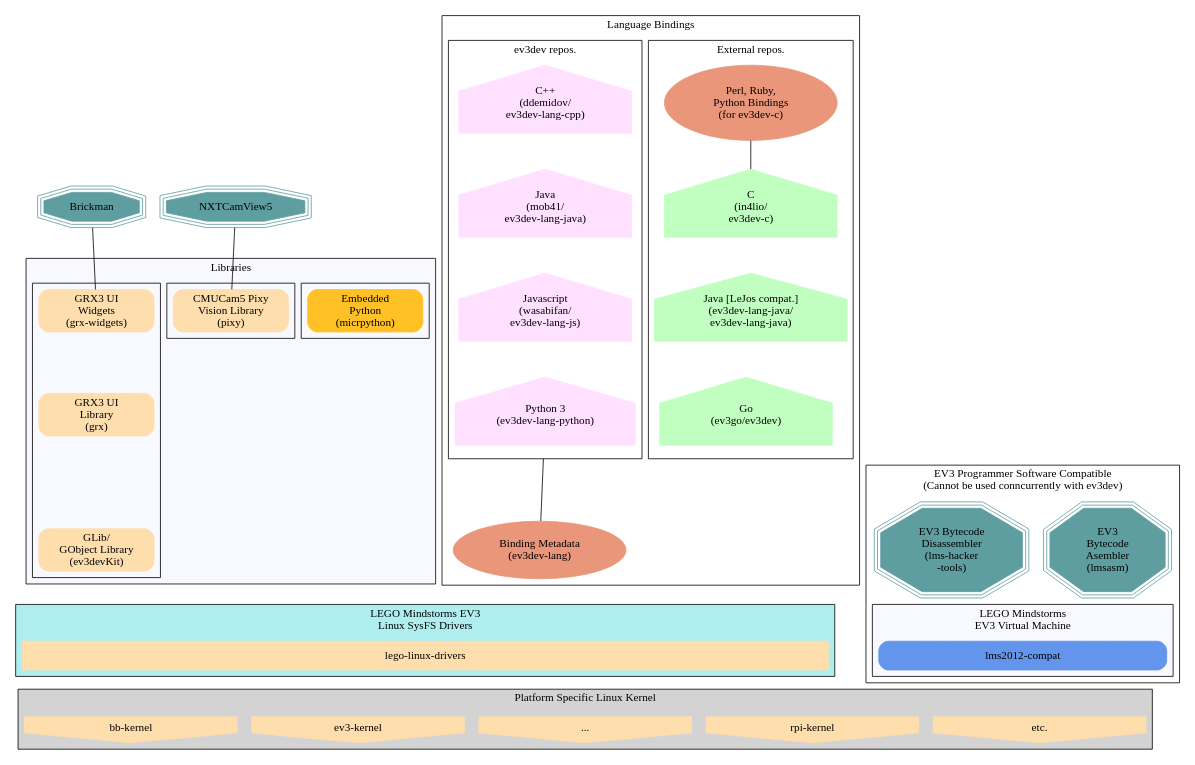
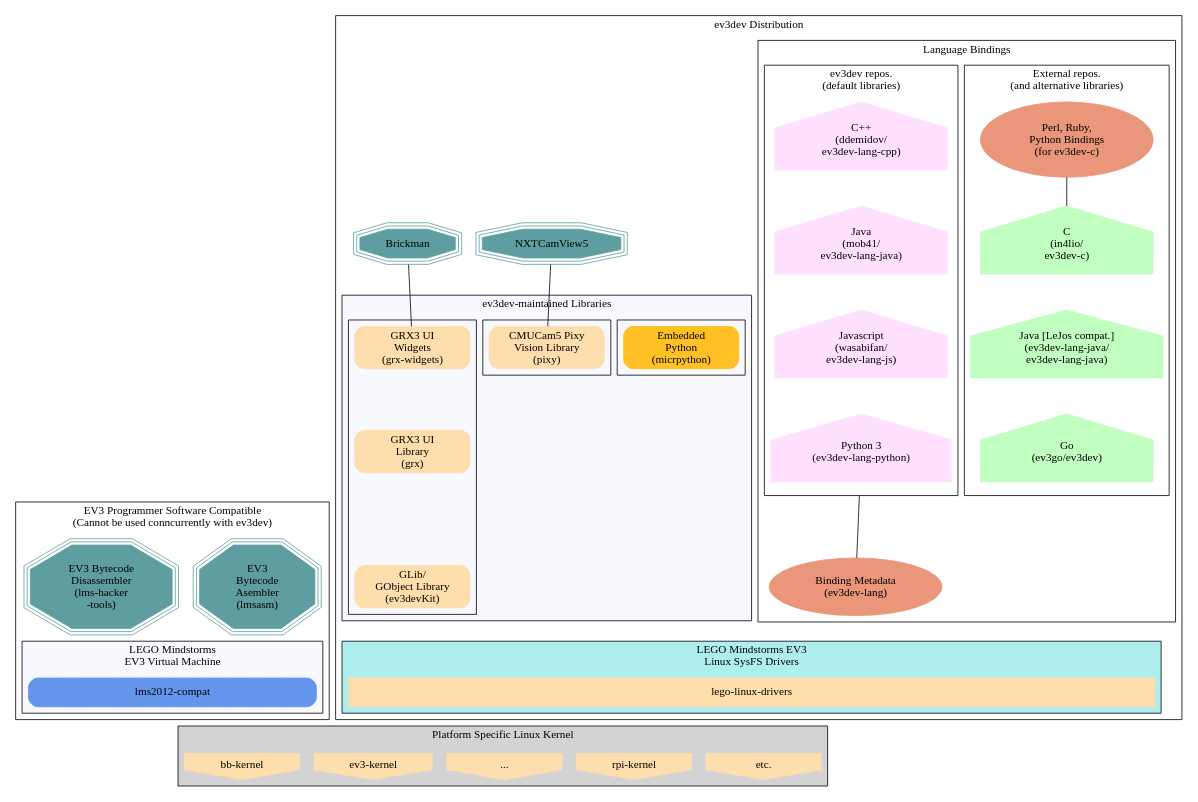
One commit to ev3dev/edu-docs changed the diagram in images/ev3dev-related-repositories.dot. Above: the diagram before and after it, drawn with Graphviz. The commit also changed 1 other file, not shown here.

```diff
--- a/images/ev3dev-related-repositories.dot
+++ b/images/ev3dev-related-repositories.dot
@@ -1,110 +1,116 @@
 graph G {
 	compound=true;
 	arrowType=none;
 	node [shape=rect];
 	edge [penwidth=0,minlen=1];
 
-	rank = same; 
-	node [shape=tripleoctagon,style="filled",color=cadetblue,width=1];
-	"NXTCamView5" "Brickman";
 
 	subgraph cluster_10 {
 		label = "EV3 Programmer Software Compatible\n(Cannot be used conncurrently with ev3dev)"
 		node [shape=tripleoctagon,style="filled",color=cadetblue,width=2];
 		"EV3\nBytecode\nAsembler\n(lmsasm)"; "EV3 Bytecode\nDisassembler\n(lms-hacker\n-tools)";
 
 		subgraph cluster_9 {
 			style=filled;
 			fillcolor=ghostwhite;
 			label="LEGO Mindstorms\nEV3 Virtual Machine";
 			node [shape=rect,style="filled,rounded",color=cornflowerblue,width=5];
 			"lms2012-compat";
 		};
 		{"EV3\nBytecode\nAsembler\n(lmsasm)" "EV3 Bytecode\nDisassembler\n(lms-hacker\n-tools)"}--"lms2012-compat";
 	};
 	
+	subgraph cluster_100 {
+		label = "ev3dev Distribution"
+
+		rank = same; 
+		node [shape=tripleoctagon,style="filled",color=cadetblue,width=1];
+		"NXTCamView5" "Brickman";
+
+
+		subgraph cluster_8 {
+			style=filled;
+			fillcolor=ghostwhite;
+			label="ev3dev-maintained Libraries";
+
+			subgraph cluster_5 {
+				label="";
+				node [shape=rect,style="filled,rounded",color=navajowhite,width=2];
+				"GRX3 UI\nWidgets\n(grx-widgets)"--"GRX3 UI\nLibrary\n(grx)"
+				--"GLib/\nGObject Library\n(ev3devKit)";
+				edge [penwidth=1];
+			};
+			subgraph cluster_6 {
+				label="";
+				node [shape=rect,style="filled,rounded",color=navajowhite,width=2];
+				"CMUCam5 Pixy\nVision Library\n(pixy)";
+				edge [penwidth=1];
+			};
+
+			subgraph cluster_7 {
+				label="";
+				node [shape=rect,style="filled,rounded",color=goldenrod1,width=2];
+				"Embedded\nPython\n(micrpython)";
+				edge [penwidth=1];
+			};
 	
-	subgraph cluster_8 {
-		style=filled;
-		fillcolor=ghostwhite;
-		label="Libraries";
-
-		subgraph cluster_5 {
-		    label="";
-			node [shape=rect,style="filled,rounded",color=navajowhite,width=2];
-			"GRX3 UI\nWidgets\n(grx-widgets)"--"GRX3 UI\nLibrary\n(grx)"
-			--"GLib/\nGObject Library\n(ev3devKit)";
-			edge [penwidth=1];
-		};
-		subgraph cluster_6 {
-		    label="";
-			node [shape=rect,style="filled,rounded",color=navajowhite,width=2];
-			"CMUCam5 Pixy\nVision Library\n(pixy)";
-			edge [penwidth=1];
 		};
 
-		subgraph cluster_7 {
-		    label="";
-			node [shape=rect,style="filled,rounded",color=goldenrod1,width=2];
-			"Embedded\nPython\n(micrpython)";
-			edge [penwidth=1];
+		subgraph cluster_4 {
+			label="Language Bindings";
+
+			subgraph cluster_3 {
+				label="External repos.\n(and alternative libraries)";
+				node [shape=house,style=filled,color=darkseagreen1,width=3,height=1.3];
+				"C\n(in4lio/\nev3dev-c)"-- 
+				"Java [LeJos compat.]\n(ev3dev-lang-java/\nev3dev-lang-java)"--
+				"Go\n(ev3go/ev3dev)";
+				node [shape=oval,style=filled,color=darksalmon,width=3,height=1.3];
+				edge [penwidth=1];
+				"Perl, Ruby,\nPython Bindings\n(for ev3dev-c)"--"C\n(in4lio/\nev3dev-c)";
+			}
+			subgraph cluster_2 {
+				label="ev3dev repos.\n(default libraries)";
+				node [shape=house,style=filled,color=thistle1,width=3,height=1.3];
+				"C++\n(ddemidov/\nev3dev-lang-cpp)"--"Java\n(mob41/\nev3dev-lang-java)"--
+				"Javascript\n(wasabifan/\nev3dev-lang-js)"--"Python 3\n(ev3dev-lang-python)";
+			};
+				node [shape=oval,style=filled,color=darksalmon,width=3,height=1];
+				"Binding Metadata\n(ev3dev-lang)";
 		};
-	
-	};
 
-	subgraph cluster_4 {
-		label="Language Bindings";
+		subgraph cluster_1 {
+			label = "LEGO Mindstorms EV3\nLinux SysFS Drivers";
+			style=filled;
+			fillcolor=paleturquoise;
+			node [shape=rect,style=filled,color=navajowhite,width=14];
+			"lego-linux-drivers"
 
-		subgraph cluster_3 {
-		    label="External repos.";
-			node [shape=house,style=filled,color=darkseagreen1,width=3,height=1.3];
-			"C\n(in4lio/\nev3dev-c)"-- 
-			"Java [LeJos compat.]\n(ev3dev-lang-java/\nev3dev-lang-java)"--
-			"Go\n(ev3go/ev3dev)";
-			node [shape=oval,style=filled,color=darksalmon,width=3,height=1.3];
-			edge [penwidth=1];
-			"Perl, Ruby,\nPython Bindings\n(for ev3dev-c)"--"C\n(in4lio/\nev3dev-c)";
-		}
-		subgraph cluster_2 {
-		    label="ev3dev repos.";
-			node [shape=house,style=filled,color=thistle1,width=3,height=1.3];
-			"C++\n(ddemidov/\nev3dev-lang-cpp)"--"Java\n(mob41/\nev3dev-lang-java)"--
-			"Javascript\n(wasabifan/\nev3dev-lang-js)"--"Python 3\n(ev3dev-lang-python)";
 		};
-			node [shape=oval,style=filled,color=darksalmon,width=3,height=1];
-			"Binding Metadata\n(ev3dev-lang)";
-	};
-	
-	subgraph cluster_1 {
-		label = "LEGO Mindstorms EV3\nLinux SysFS Drivers";
-		style=filled;
-		fillcolor=paleturquoise;
-		node [shape=rect,style=filled,color=navajowhite,width=14];
-		"lego-linux-drivers"
 
 	};
 	subgraph cluster_0 {
 		label = "Platform Specific Linux Kernel";
 		style=filled;
 		fillcolor=lightgrey;
-		node [style=filled,color=navajowhite, shape=invhouse,width=3.7];
+		node [style=filled,color=navajowhite, shape=invhouse,width=2];
 		rank = same; "etc."; "rpi-kernel"; "..."; "ev3-kernel"; "bb-kernel"; 
 	};
 
 	edge [penwidth=1];
 	"Brickman"--"GRX3 UI\nWidgets\n(grx-widgets)";
 	"NXTCamView5"--"CMUCam5 Pixy\nVision Library\n(pixy)";
 	"Python 3\n(ev3dev-lang-python)"--"Binding Metadata\n(ev3dev-lang)" [ltail=cluster_2];
 
 	edge [penwidth=0];
 	
 	"lego-linux-drivers"--"..." [ltail=cluster_1,lhead=cluster_0];
 
-	"Go\n(ev3go/ev3dev)"--"lego-linux-drivers" [ltail=cluster_3,lhead=cluster_1];
+	"GLib/\nGObject Library\n(ev3devKit)"--"lego-linux-drivers" [ltail=cluster_3,lhead=cluster_1];
 	"Binding Metadata\n(ev3dev-lang)"--"lego-linux-drivers" [ltail=cluster_2,lhead=cluster_1];
 	"GLib/\nGObject Library\n(ev3devKit)"--"lego-linux-drivers" [ltail=cluster_5,lhead=cluster_1];
 	"CMUCam5 Pixy\nVision Library\n(pixy)"--"lego-linux-drivers" [ltail=cluster_6,lhead=cluster_1];
 	"Embedded\nPython\n(micrpython)"--"lego-linux-drivers" [ltail=cluster_7,lhead=cluster_1];
 
 	"lms2012-compat"--"..." [ltail=cluster_10,lhead=cluster_0];
 }
```
